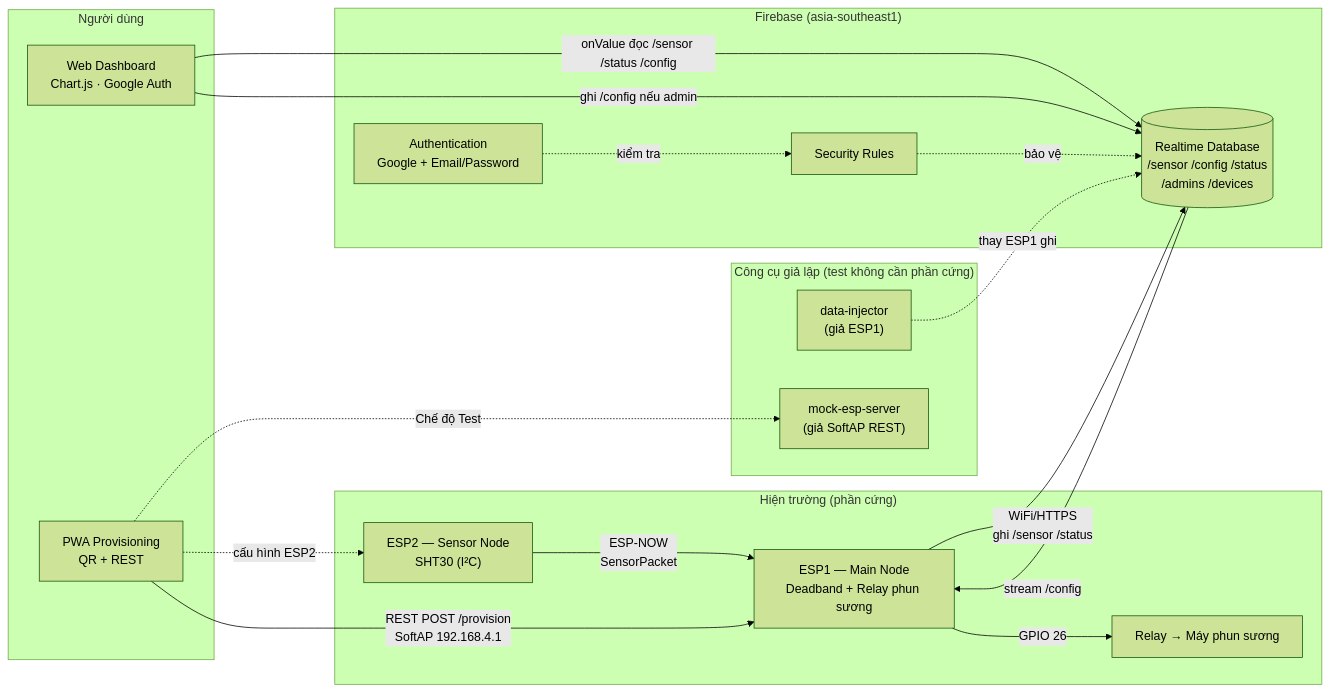
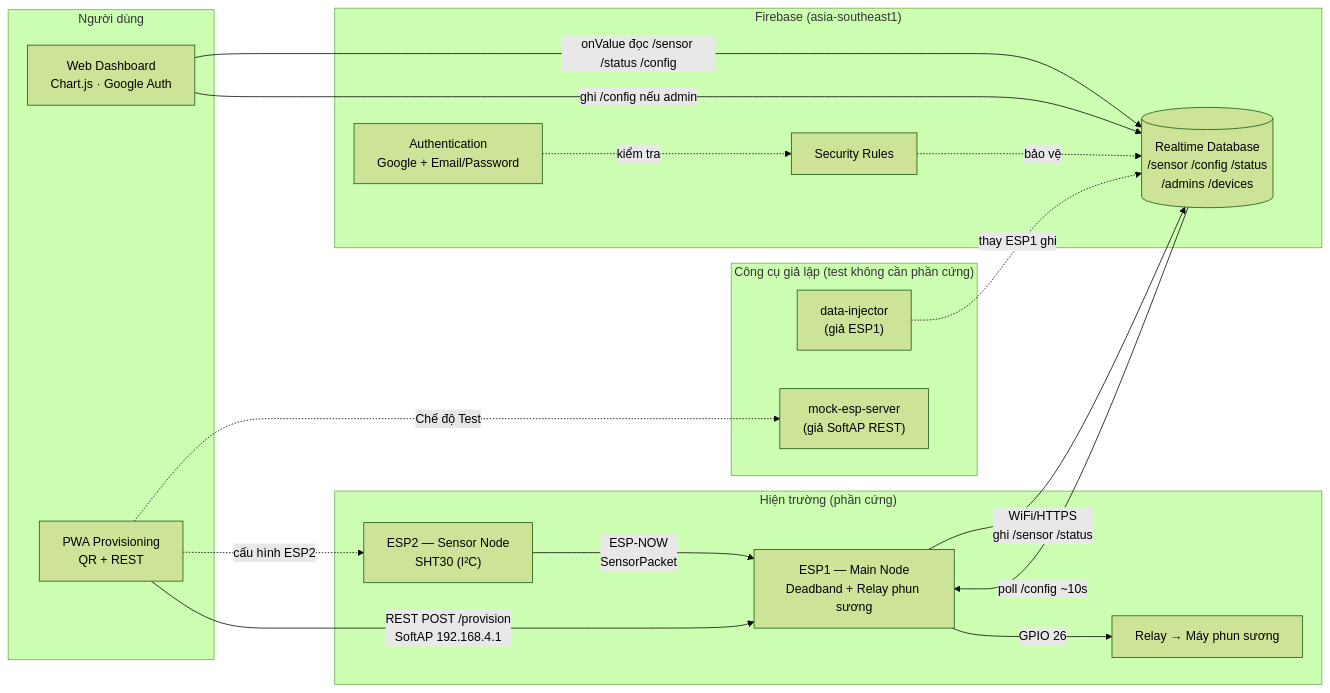
The first of 5 diagrams in docs/ARCHITECTURE.md (2591317-student/smart-humidity-iot), drawn with Mermaid (forest theme) before and after one commit. The commit also changed other lines of this file and 24 other files, not shown here.

````diff
--- a/docs/ARCHITECTURE.md
+++ b/docs/ARCHITECTURE.md
@@ -31,37 +31,37 @@
 ```mermaid
 flowchart LR
     subgraph Field["Hiện trường (phần cứng)"]
         ESP2["ESP2 — Sensor Node<br/>SHT30 (I²C)"]
         ESP1["ESP1 — Main Node<br/>Deadband + Relay phun sương"]
         RELAY["Relay → Máy phun sương"]
         ESP2 -->|ESP-NOW<br/>SensorPacket| ESP1
         ESP1 -->|GPIO 26| RELAY
     end
 
     subgraph Cloud["Firebase (asia-southeast1)"]
         RTDB[("Realtime Database<br/>/sensor /config /status<br/>/admins /devices")]
         AUTH["Authentication<br/>Google + Email/Password"]
         RULES["Security Rules"]
     end
 
     subgraph Clients["Người dùng"]
         WEB["Web Dashboard<br/>Chart.js · Google Auth"]
         PWA["PWA Provisioning<br/>QR + REST"]
     end
 
     ESP1 -->|WiFi/HTTPS<br/>ghi /sensor /status| RTDB
-    RTDB -->|stream /config| ESP1
+    RTDB -->|poll /config ~10s| ESP1
     WEB -->|onValue đọc /sensor /status /config| RTDB
     WEB -->|ghi /config nếu admin| RTDB
     AUTH -.kiểm tra.-> RULES
     RULES -.bảo vệ.-> RTDB
     PWA -->|REST POST /provision<br/>SoftAP 192.168.4.1| ESP1
     PWA -.cấu hình ESP2.-> ESP2
 
     subgraph Tools["Công cụ giả lập (test không cần phần cứng)"]
         INJ["data-injector<br/>(giả ESP1)"]
         MOCK["mock-esp-server<br/>(giả SoftAP REST)"]
     end
     INJ -.thay ESP1 ghi.-> RTDB
     PWA -.Chế độ Test.-> MOCK
 ```
````
